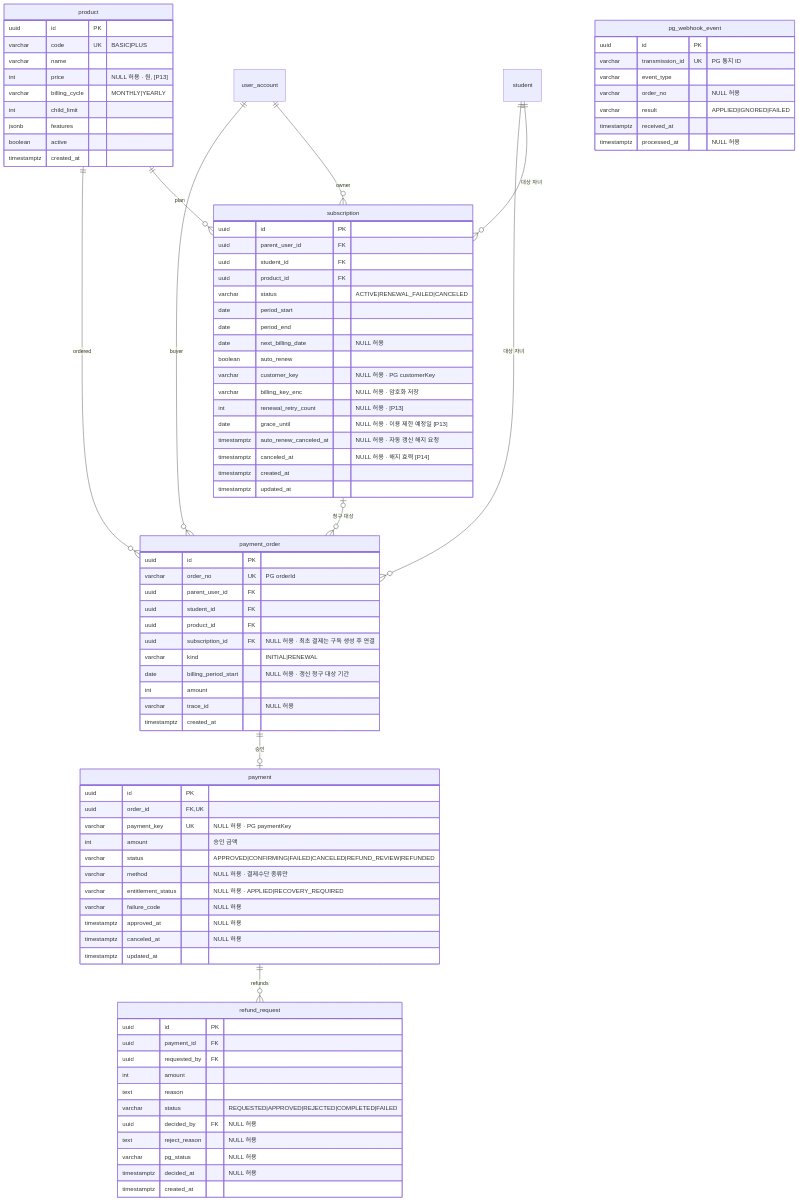
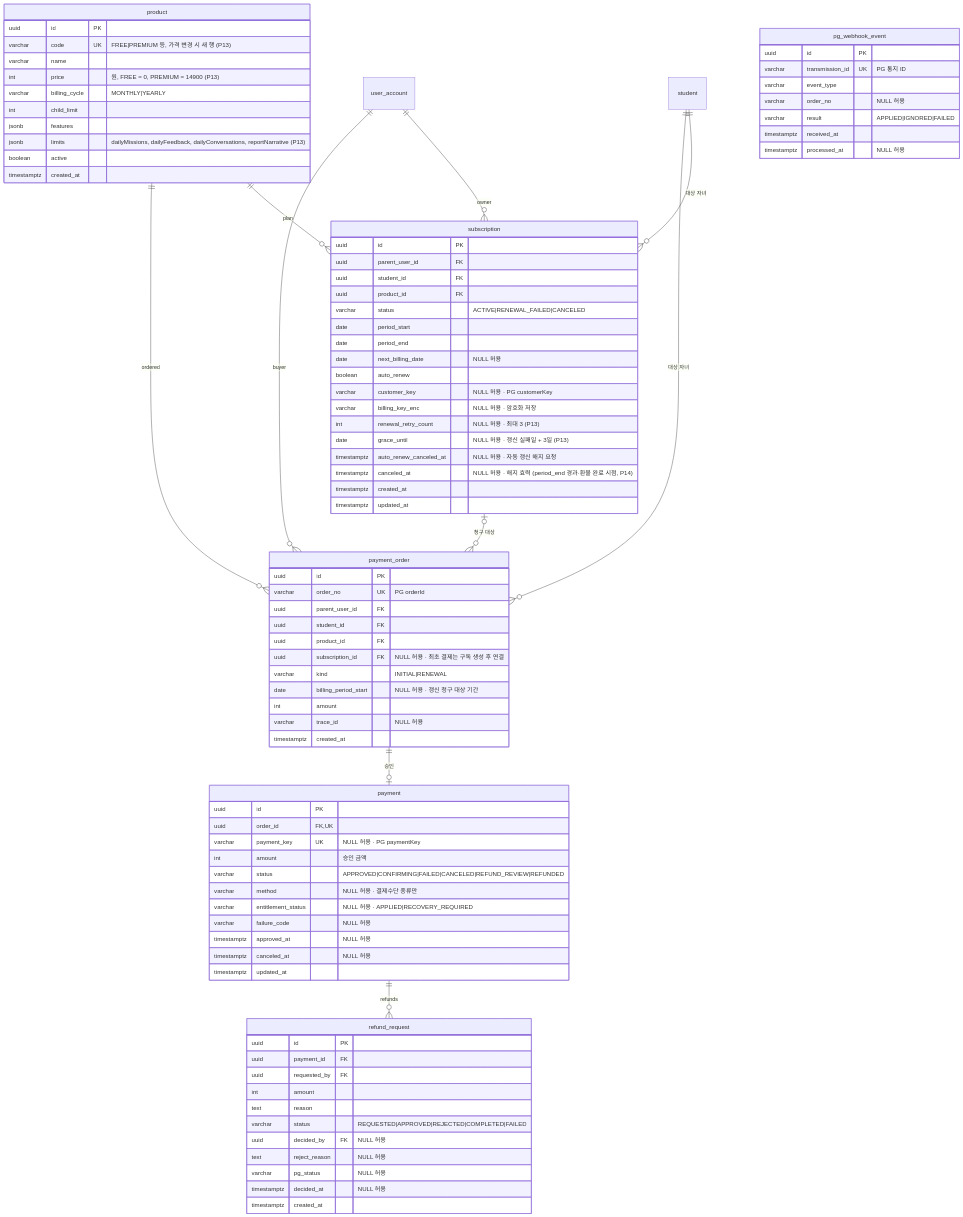
One commit to SKNETWORKS-FAMILY-AICAMP/SKN34-FINAL-3TEAM changed the fourth of 9 diagrams in docs/design/erd.md. Above: the diagram before and after it, drawn with Mermaid. The commit also changed other lines of this file and 7 other files, not shown here.

```diff
--- a/docs/design/erd.md
+++ b/docs/design/erd.md
@@ -370,12 +369,13 @@
 
   product {
     uuid id PK
-    varchar code UK "BASIC|PLUS"
+    varchar code UK "FREE|PREMIUM 등, 가격 변경 시 새 행 (P13)"
     varchar name
-    int price "NULL 허용 · 원, [P13]"
+    int price "원, FREE = 0, PREMIUM = 14900 (P13)"
     varchar billing_cycle "MONTHLY|YEARLY"
     int child_limit
     jsonb features
+    jsonb limits "dailyMissions, dailyFeedback, dailyConversations, reportNarrative (P13)"
     boolean active
     timestamptz created_at
   }
@@ -417,10 +417,10 @@
     boolean auto_renew
     varchar customer_key "NULL 허용 · PG customerKey"
     varchar billing_key_enc "NULL 허용 · 암호화 저장"
-    int renewal_retry_count "NULL 허용 · [P13]"
-    date grace_until "NULL 허용 · 이용 제한 예정일 [P13]"
+    int renewal_retry_count "NULL 허용 · 최대 3 (P13)"
+    date grace_until "NULL 허용 · 갱신 실패일 + 3일 (P13)"
     timestamptz auto_renew_canceled_at "NULL 허용 · 자동 갱신 해지 요청"
-    timestamptz canceled_at "NULL 허용 · 해지 효력 [P14]"
+    timestamptz canceled_at "NULL 허용 · 해지 효력 (period_end 경과·환불 완료 시점, P14)"
     timestamptz created_at
     timestamptz updated_at
   }
```
